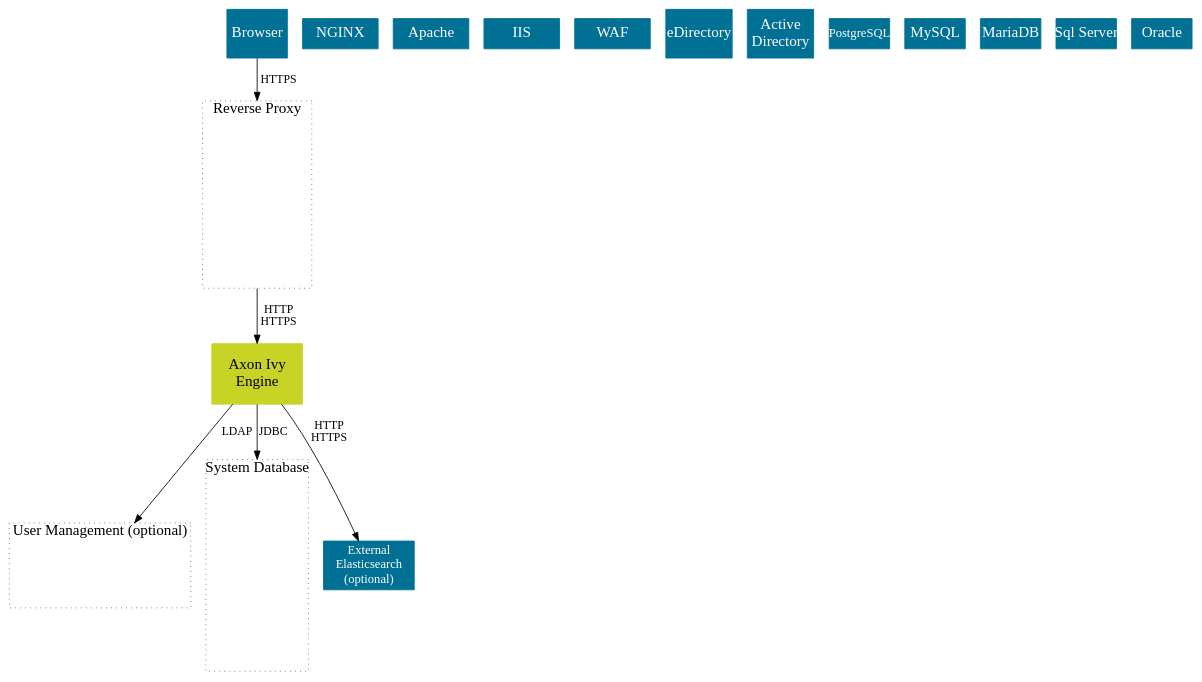
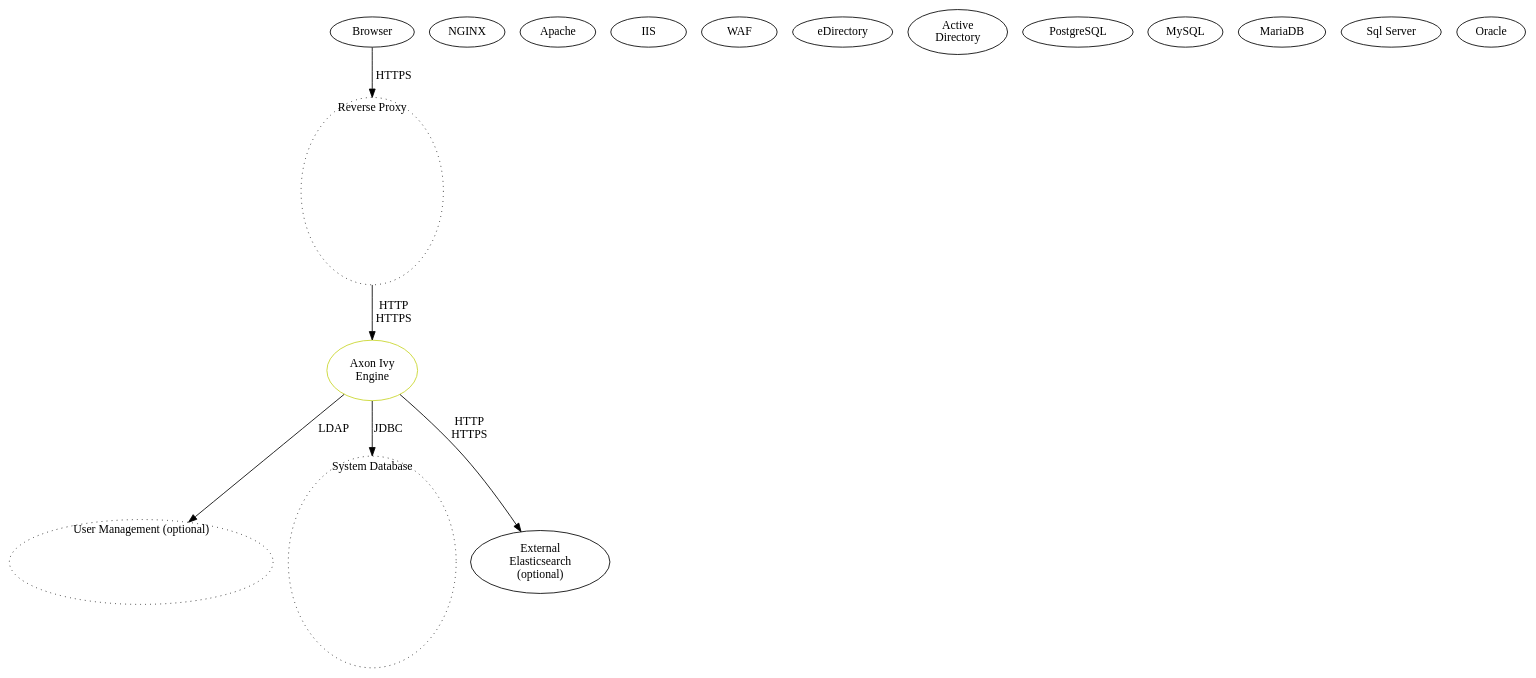
The diagram in source/engine-guide/integration/overview.dot (bernhardAxonIvy/doc), drawn with Graphviz before and after one commit. The commit also changed 10 other files, not shown here.

Commit message:
Move gneric graphizv definitions to build container

```diff
--- a/source/engine-guide/integration/overview.dot
+++ b/source/engine-guide/integration/overview.dot
@@ -1,41 +1,31 @@
 
 digraph overview {
-  node [
-    shape=box, 
-    style=filled,
-    margin=0 width=2 height=0.8
-    fontcolor="white",    
-    color="#007095",
-    fixedsize=true,
-    fontsize=18
-  ];
-
   browser [ label="Browser", pos = "0,2.5!", width=1];
 
   frontendServers [ label="Reverse Proxy",pos = "2.25,2.5!" width=1.8 height=3.1 style="dotted" fontcolor="black" labelloc="t"];
   frontendNginx [ label="NGINX",pos = "2.25,3.4!" width=1.25 height=0.5];
   frontendApache [ label="Apache",pos = "2.25,2.8!" width=1.25 height=0.5];
   frontendIIS [ label="IIS",pos = "2.25,2.2!" width=1.25 height=0.5];
   frontendWAF [ label="WAF",pos = "2.25,1.6!" width=1.25 height=0.5];
  
   engine [label="Axon Ivy\nEngine", pos="5.4,2.5!", height="1", width="1.5", color="#C7D426", fontcolor="black"];
   
   userManagement [ label="User Management (optional)",pos = "5.4,0.7!" width=3 height=1.4 style="dotted" fontcolor="black" labelloc="t"];
   eDirectory [ label="eDirectory", width="1.1" pos="4.75,0.6!"];
   activeDirectory [ label="Active\nDirectory", width="1.1" pos="6,0.6!"];
 
   systemdb [ label="System Database", pos="8,2.5!" width=1.7 height=3.5 style="dotted" fontcolor="black" labelloc="t"]
-  postgres [ label="PostgreSQL", pos="8,3.5!" width=1 height=0.5 fontsize=15]
+  postgres [ label="PostgreSQL", pos="8,3.5!" width=1 height=0.5]
   mysql [ label="MySQL", pos="8,2.9!" width=1 height=0.5]
   mariadb [ label="MariaDB", pos="8,2.3!" width=1 height=0.5]
   mssql [ label="Sql Server", pos="8,1.7!" width=1 height=0.5]
   oracle [ label="Oracle", pos="8,1.1!" width=1 height=0.5]
 
-  elasticsearch [ label="External\n Elasticsearch\n (optional)", pos="5.4,4.25!" width=1.5 fontsize=15]
+  elasticsearch [ label="External\n Elasticsearch\n (optional)", pos="5.4,4.25!" width=1.5]
 
   browser -> frontendServers [ label="HTTPS"];
   frontendServers -> engine [ label="HTTP\nHTTPS" ];
   engine -> userManagement [ label="LDAP" ];
   engine -> systemdb [ label="JDBC" ];
   engine -> elasticsearch [label="HTTP\nHTTPS"];
 }
```
